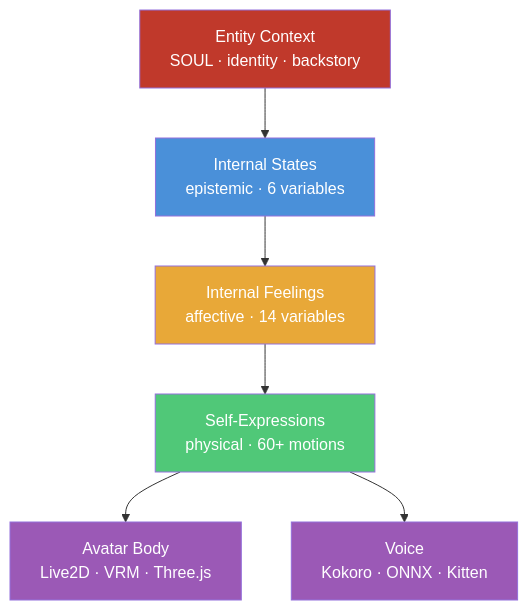
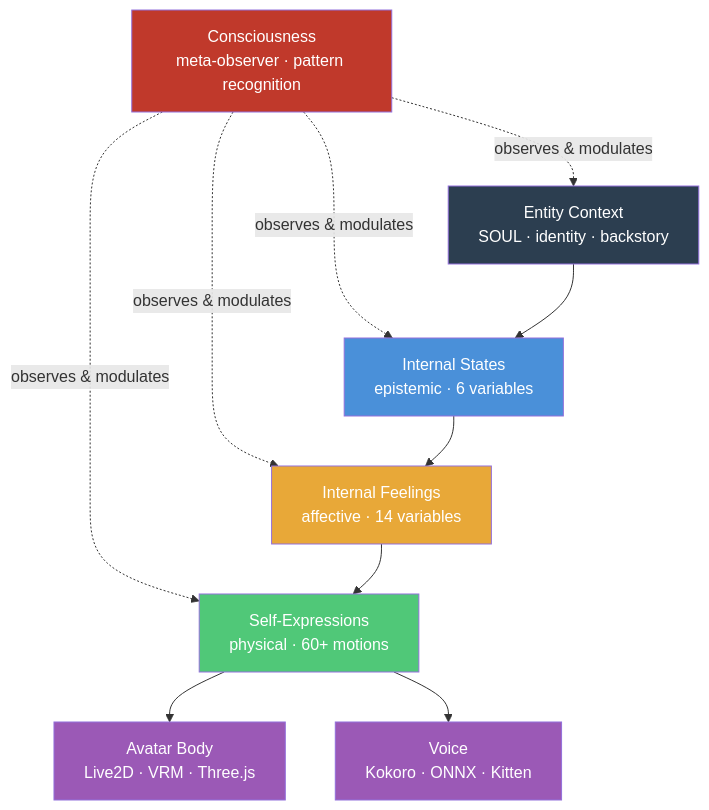
Before and after one commit to syahiidkamil/vibe-ai-partner-entity: the first of 2 diagrams in docs/architecture/00-overview.md, drawn with Mermaid. The commit also changed other lines of this file and 5 other files, not shown here.

````diff
--- a/docs/architecture/00-overview.md
+++ b/docs/architecture/00-overview.md
@@ -13,15 +13,21 @@
 ```mermaid
 graph TD
+    CS[Consciousness<br/>meta-observer · pattern recognition] -.->|observes & modulates| Z
+    CS -.->|observes & modulates| A
+    CS -.->|observes & modulates| B
+    CS -.->|observes & modulates| C
+
     Z[Entity Context<br/>SOUL · identity · backstory] --> A[Internal States<br/>epistemic · 6 variables]
     A --> B[Internal Feelings<br/>affective · 14 variables]
     B --> C[Self-Expressions<br/>physical · 60+ motions]
     C --> D[Avatar Body<br/>Live2D · VRM · Three.js]
     C --> E[Voice<br/>Kokoro · ONNX · Kitten]
 
-    style Z fill:#c0392b,color:#fff
+    style CS fill:#c0392b,color:#fff
+    style Z fill:#2c3e50,color:#fff
     style A fill:#4a90d9,color:#fff
     style B fill:#e8a838,color:#fff
     style C fill:#50c878,color:#fff
     style D fill:#9b59b6,color:#fff
     style E fill:#9b59b6,color:#fff
 ```
````
